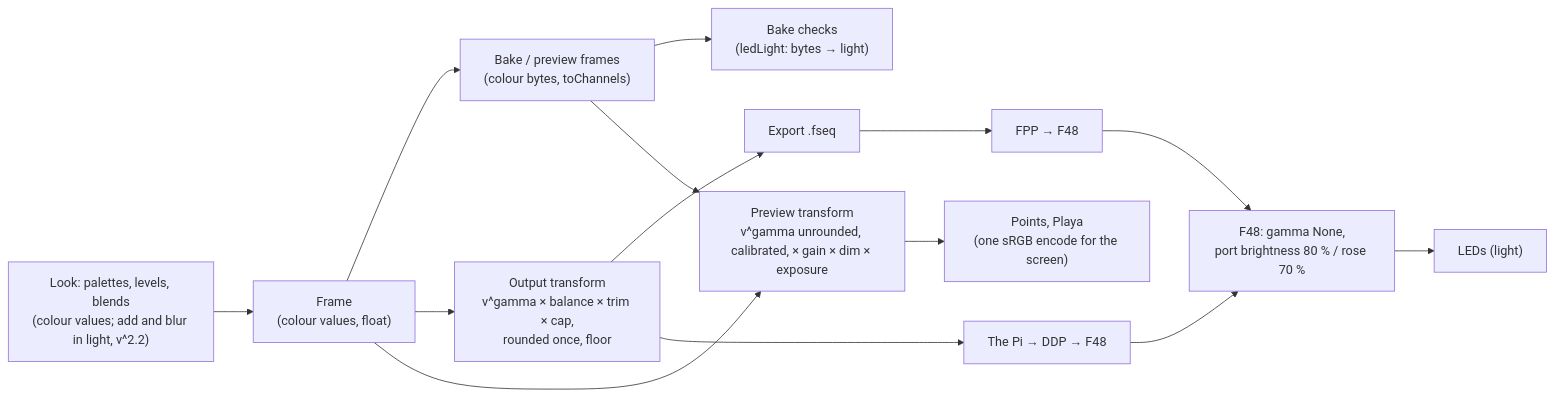
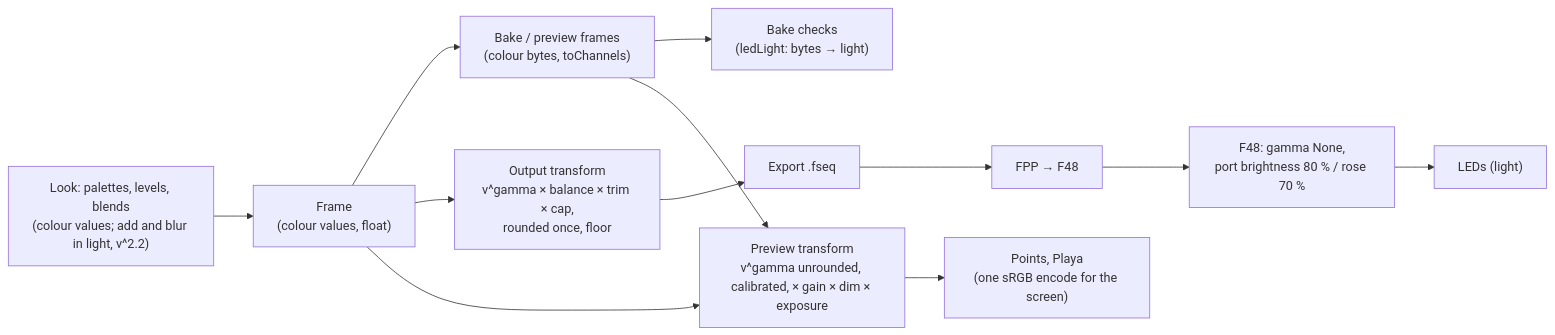
The diagram in docs/LIGHT.md (big-weary-dog/folly-studio), drawn with Mermaid before and after one commit. The commit also changed other lines of this file and 255 other files, not shown here.

````diff
--- a/docs/LIGHT.md
+++ b/docs/LIGHT.md
@@ -72,15 +73,14 @@
 ```mermaid
 flowchart LR
   L["Look: palettes, levels, blends<br/>(colour values; add and blur in light, v^2.2)"] --> F["Frame<br/>(colour values, float)"]
   F --> B["Bake / preview frames<br/>(colour bytes, toChannels)"]
   F --> T["Output transform<br/>v^gamma × balance × trim × cap,<br/>rounded once, floor"]
   B --> C["Bake checks<br/>(ledLight: bytes → light)"]
   T --> E["Export .fseq"]
-  T --> P["The Pi → DDP → F48"]
-  P --> X["F48: gamma None,<br/>port brightness 80 % / rose 70 %"]
+  X["F48: gamma None,<br/>port brightness 80 % / rose 70 %"]
   X --> LED["LEDs (light)"]
   E --> FPP["FPP → F48"] --> X
   F --> V["Preview transform<br/>v^gamma unrounded, calibrated, × gain × dim × exposure"]
   B --> V
   V --> S["Points, Playa<br/>(one sRGB encode for the screen)"]
 ```
````
